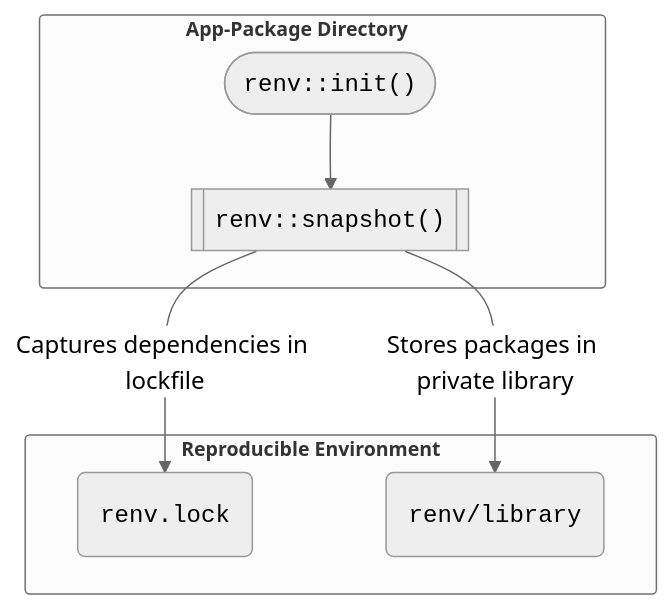
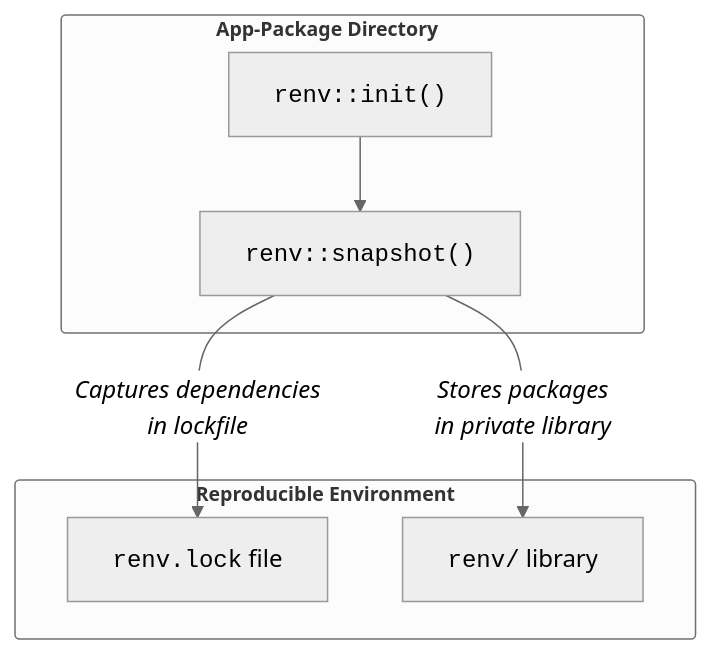
One commit to mjfrigaard/shiny-app-pkgs changed the first of 4 diagrams in dependencies.qmd. Above: the diagram before and after it, drawn with Mermaid. The commit also changed other lines of this file and 7 other files, not shown here.

````diff
--- a/dependencies.qmd
+++ b/dependencies.qmd
@@ -169,20 +169,20 @@
 ```{mermaid}
 %%| fig-cap: 'Project level dependencies with renv'
 %%| fig-align: center
 %%{init: {'theme': 'neutral', 'themeVariables': { 'fontFamily': 'monospace', "fontSize":"16px"}}}%%
 flowchart TD
     subgraph Dir["<strong>App-Package Directory</strong>"]
-        Init(["<code>renv::init()</code>"])
-        Snap[["<code>renv::snapshot()</code>"]]
+        Init["<code>renv::init()</code>"]
+        Snap["<code>renv::snapshot()</code>"]
     end
     subgraph RepEnv["<strong>Reproducible Environment</strong>"]
-        Lock("<code>renv.lock</code>")
-        Lib("<code>renv/library</code>")
+        Lock["<code>renv.lock</code> file"]
+        Lib["<code>renv/</code> library"]
     end
-  Init --> Snap
-  Snap -->|Captures dependencies in lockfile|Lock
-  Snap -->|Stores packages in private library|Lib
-  
-  style Dir stroke:1px,rx:3,ry:3,font-size:13px
-  style RepEnv stroke:1px,rx:3,ry:3,font-size:13px
+    Init --> Snap
+    Snap -->|"<em>Captures dependencies<br>in lockfile</em>"| Lock
+    Snap -->|"<em>Stores packages<br>in private library</em>"| Lib
+
+    style Dir stroke:1px,rx:3,ry:3,font-size:13px
+    style RepEnv stroke:1px,rx:3,ry:3,font-size:13px
 ```
````
